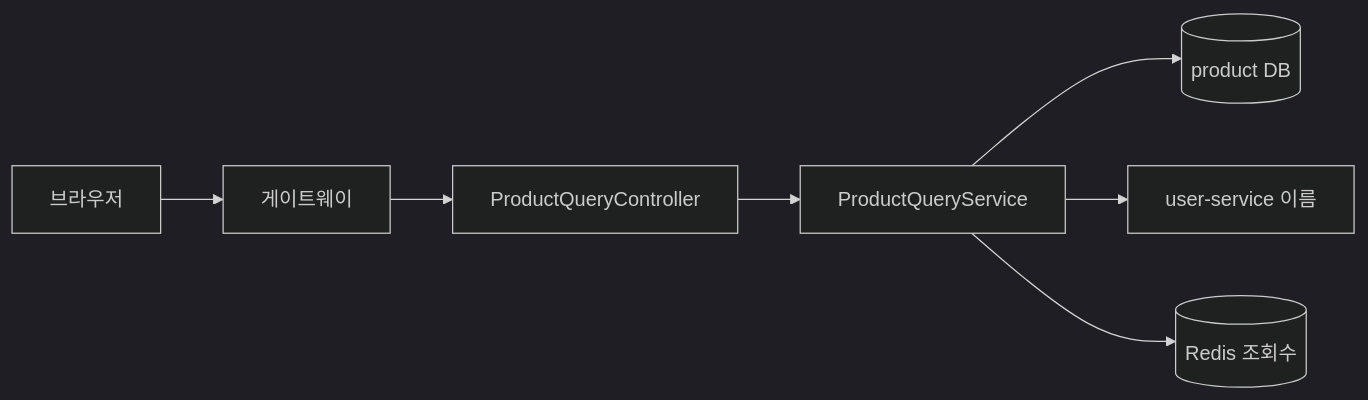
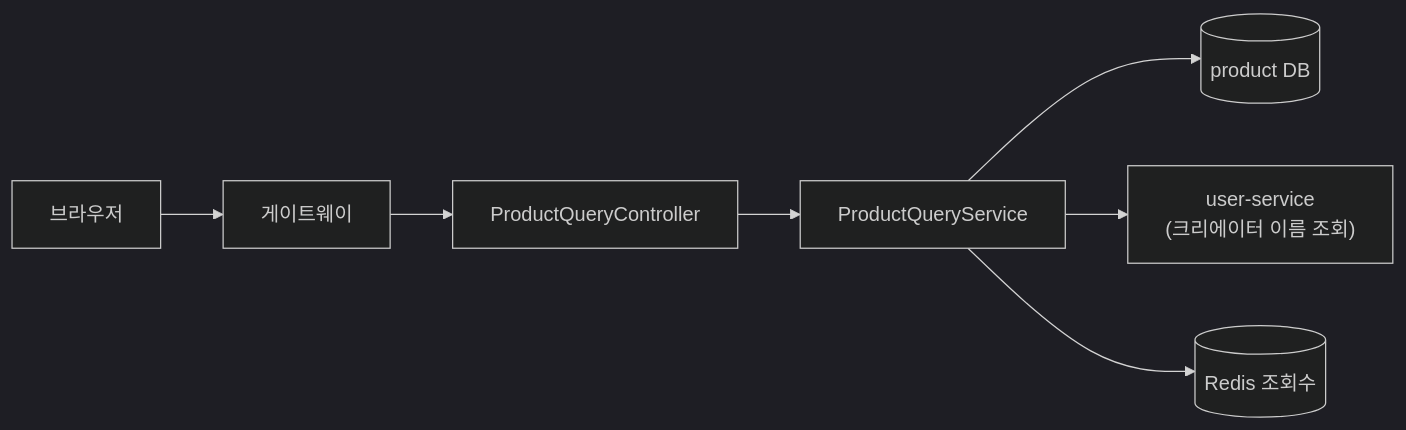
The third of 4 diagrams in docs/architecture.md (bstaran/CC-Creator-Culture), drawn with Mermaid (dark theme) before and after one commit. The commit also changed other lines of this file and 1 other file, not shown here.

````diff
--- a/docs/architecture.md
+++ b/docs/architecture.md
@@ -78,9 +76,9 @@
 ```mermaid
 flowchart LR
   browser[브라우저] --> gw[게이트웨이]
   gw --> controller[ProductQueryController]
   controller --> app[ProductQueryService]
   app --> pdb[(product DB)]
-  app --> user["user-service 이름"]
+  app --> user["user-service<br/>(크리에이터 이름 조회)"]
   app --> redis[(Redis 조회수)]
 ```
````
